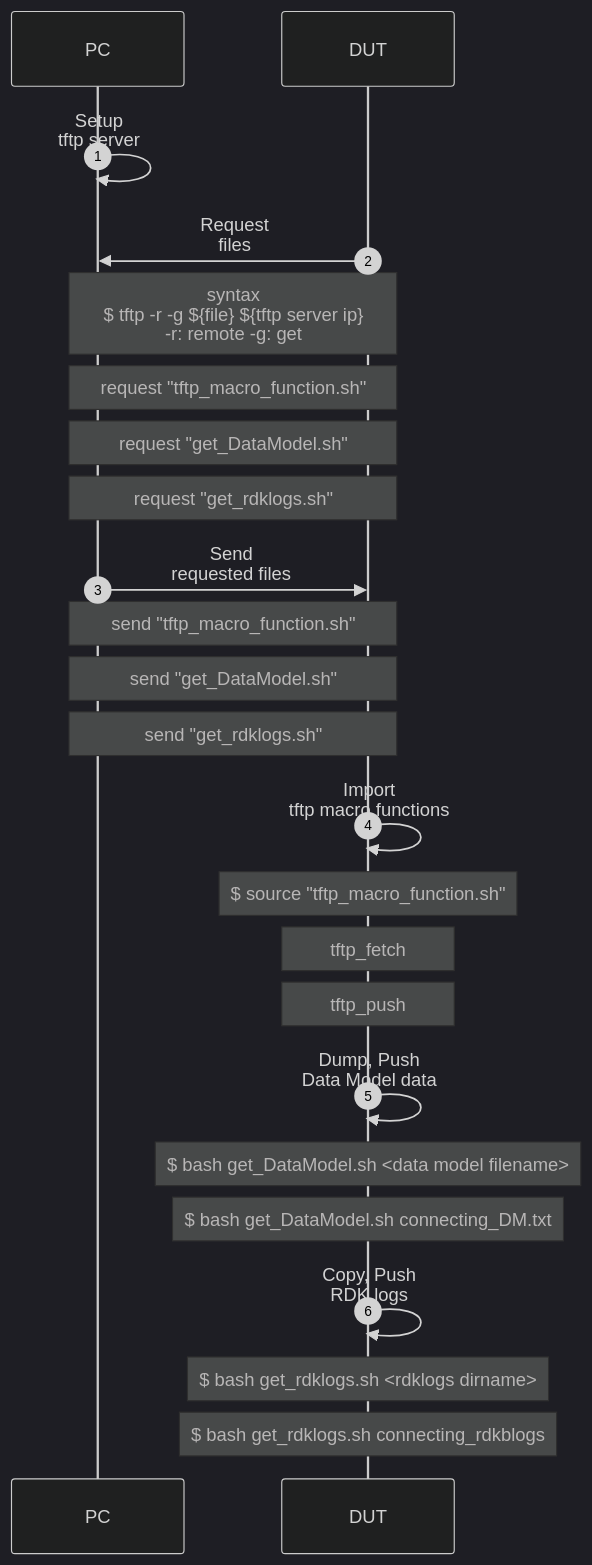
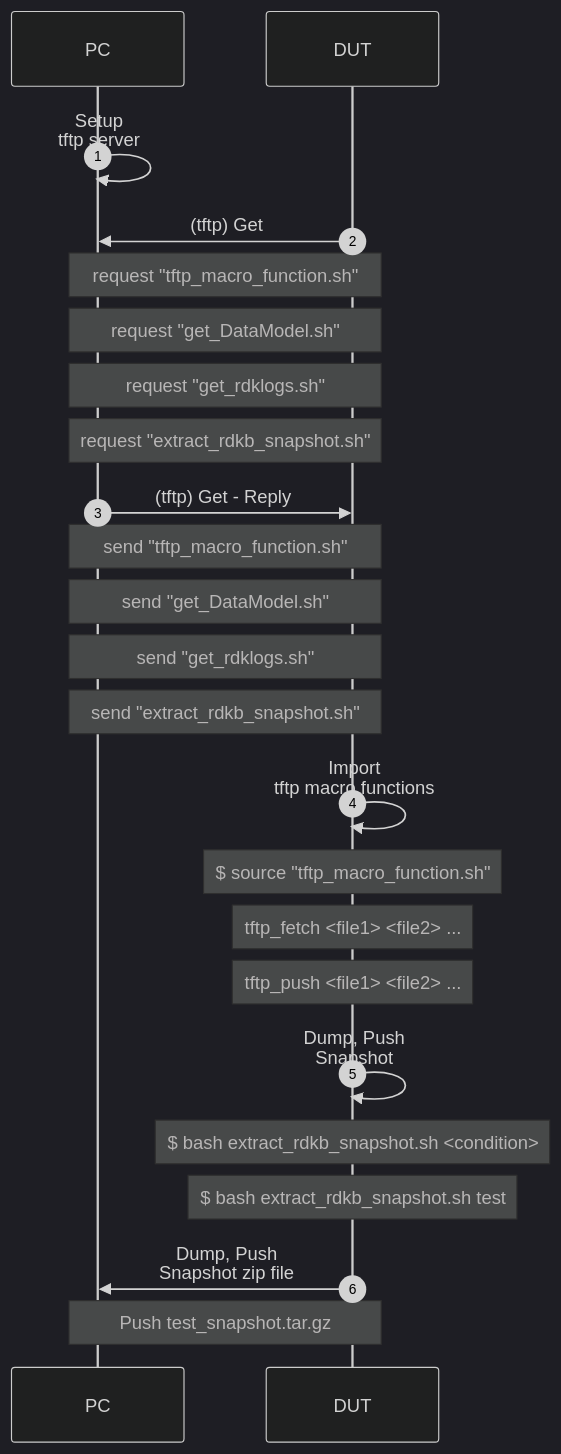
Before and after one commit to TUNGHUAYU/rdkb-log-extractor: the second of 2 diagrams in readme.md, drawn with Mermaid (dark theme). The commit also changed other lines of this file, not shown here.

````diff
--- a/readme.md
+++ b/readme.md
@@ -24,33 +45,33 @@
 ```mermaid
 sequenceDiagram
 	autonumber
 	participant PC
 	participant DUT
 	
 	PC ->> PC: Setup <br> tftp server
 	
-	DUT ->> PC: Request <br> files
-    Note over PC, DUT: syntax <br> $ tftp -r -g ${file} ${tftp server ip} <br> -r: remote -g: get
+	DUT ->> PC: (tftp) Get
 	Note over PC, DUT: request "tftp_macro_function.sh"
     Note over PC, DUT: request "get_DataModel.sh"
     Note over PC, DUT: request "get_rdklogs.sh"
+    Note over PC, DUT: request "extract_rdkb_snapshot.sh"
     
-    PC ->> DUT: Send <br> requested files
+    PC ->> DUT: (tftp) Get - Reply
 	Note over PC, DUT: send "tftp_macro_function.sh"
     Note over PC, DUT: send "get_DataModel.sh"
     Note over PC, DUT: send "get_rdklogs.sh"
+    Note over PC, DUT: send "extract_rdkb_snapshot.sh"
     
     DUT ->> DUT: Import <br> tftp macro functions
     Note over DUT, DUT: $ source "tftp_macro_function.sh"
-    Note over DUT, DUT: tftp_fetch 
-    Note over DUT, DUT: tftp_push
+    Note over DUT, DUT: tftp_fetch <file1> <file2> ...
+    Note over DUT, DUT: tftp_push <file1> <file2> ...
     
-    DUT ->> DUT: Dump, Push <br> Data Model data
-    Note over DUT, DUT: $ bash get_DataModel.sh <data model filename>
-    Note over DUT, DUT: $ bash get_DataModel.sh connecting_DM.txt
+    DUT ->> DUT: Dump, Push <br> Snapshot
+    Note over DUT, DUT: $ bash extract_rdkb_snapshot.sh <condition>
+    Note over DUT, DUT: $ bash extract_rdkb_snapshot.sh test
 
-    DUT ->> DUT: Copy, Push <br> RDK logs
-    Note over DUT, DUT: $ bash get_rdklogs.sh <rdklogs dirname>
-    Note over DUT, DUT: $ bash get_rdklogs.sh connecting_rdkblogs
+    DUT ->> PC: Dump, Push <br> Snapshot zip file
+    Note over DUT, PC: Push test_snapshot.tar.gz
     
 ```
````
